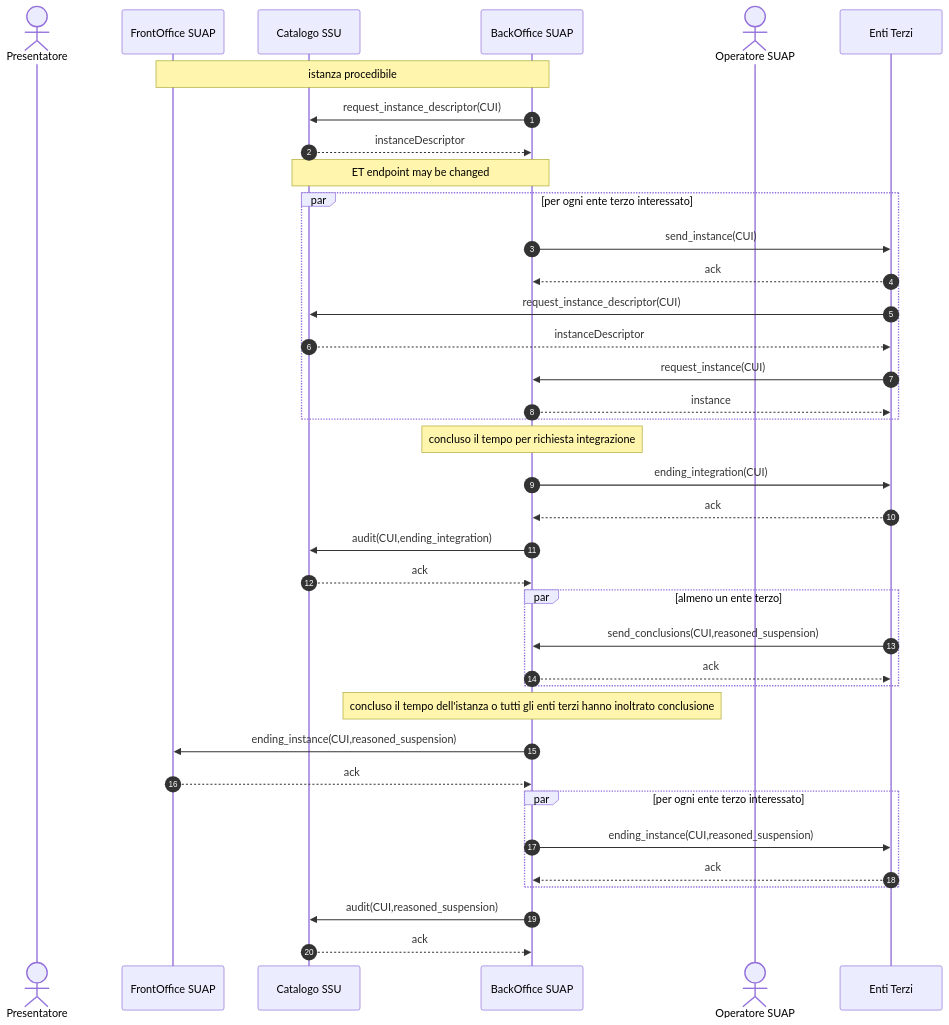
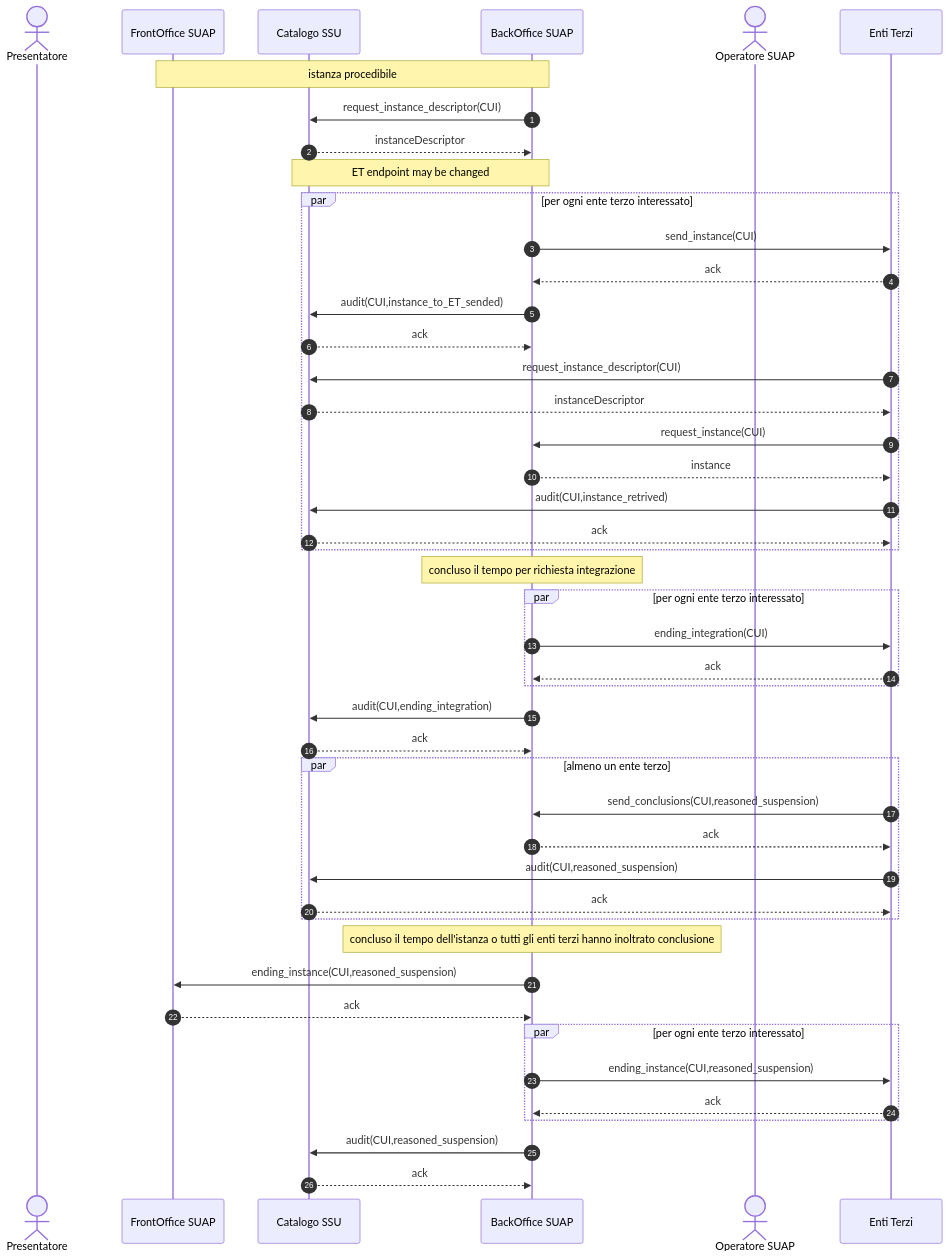
The diagram in to_interoperabilita/sequence-diagram/SCIA-002.mermaid (AgID/suap-gt-specifiche), drawn with Mermaid before and after one commit.

Commit message:
fixed SCIA-002

```diff
--- a/to_interoperabilita/sequence-diagram/SCIA-002.mermaid
+++ b/to_interoperabilita/sequence-diagram/SCIA-002.mermaid
@@ -1,44 +1,52 @@
 sequenceDiagram
     autonumber
 
     actor P as Presentatore    
     participant F as FrontOffice SUAP
     participant C as Catalogo SSU    
     participant B as BackOffice SUAP    
     actor O as Operatore SUAP    
     participant E as Enti Terzi    
  
     Note over F,B: istanza procedibile
     B ->> C: request_instance_descriptor(CUI)
     C -->> B: instanceDescriptor
     Note over C,B: ET endpoint may be changed
     
     par per ogni ente terzo interessato        
         B ->> E: send_instance(CUI)
         E -->> B: ack
+        B ->> C: audit(CUI,instance_to_ET_sended)
+        C -->> B: ack
         E ->> C: request_instance_descriptor(CUI)
         C -->> E: instanceDescriptor
         E ->> B: request_instance(CUI)
         B -->> E: instance
+        E ->> C: audit(CUI,instance_retrived)
+        C -->> E: ack
     end
 
     Note over B: concluso il tempo per richiesta integrazione
-    B ->> E: ending_integration(CUI)
-    E -->> B: ack
-    B ->> C: audit(CUI,ending_integration)
-    C -->> B: ack
+    par per ogni ente terzo interessato 
+        B ->> E: ending_integration(CUI)
+        E -->> B: ack
+    end
+        B ->> C: audit(CUI,ending_integration)
+        C -->> B: ack
 
     par almeno un ente terzo
         E ->> B: send_conclusions(CUI,reasoned_suspension)
-        B -->> E: ack            
+        B -->> E: ack 
+        E ->> C: audit(CUI,reasoned_suspension)
+        C -->> E: ack           
     end
 
     Note over B: concluso il tempo dell'istanza o tutti gli enti terzi hanno inoltrato conclusione
     B ->> F: ending_instance(CUI,reasoned_suspension)
     F -->> B: ack            
     par per ogni ente terzo interessato
         B ->> E: ending_instance(CUI,reasoned_suspension)
         E -->> B: ack
     end
     B ->> C: audit(CUI,reasoned_suspension)
     C -->> B: ack
```
